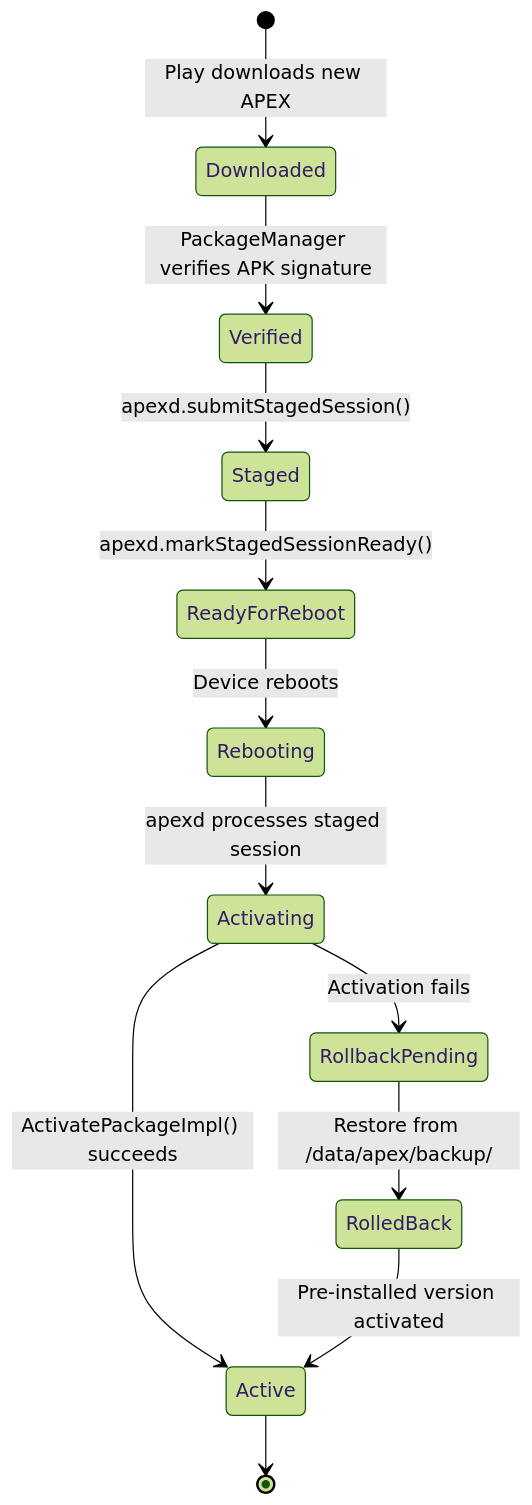
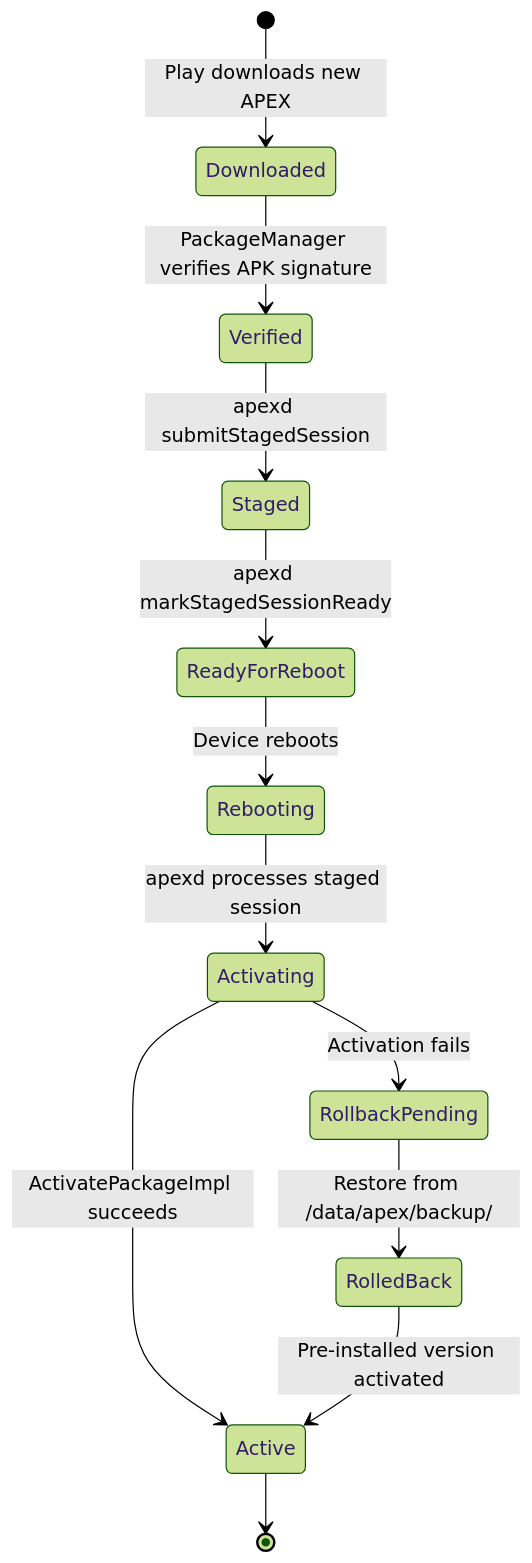
Diagram 13 of 19 in 52-mainline-modules.md (fwrite0920/aosp-internal-book), drawn with Mermaid (forest theme) before and after one commit. The commit also changed other lines of this file and 21 other files, not shown here.

First line of the commit message:
Fix Mermaid diagrams and formatting in Parts IX-XV and Appendix A (chapters 40-63)

````diff
--- a/52-mainline-modules.md
+++ b/52-mainline-modules.md
@@ -2793,16 +2793,16 @@
 ```mermaid
 stateDiagram-v2
     [*] --> Downloaded: Play downloads new APEX
     Downloaded --> Verified: PackageManager verifies APK signature
-    Verified --> Staged: apexd.submitStagedSession()
-    Staged --> ReadyForReboot: apexd.markStagedSessionReady()
+    Verified --> Staged: apexd submitStagedSession
+    Staged --> ReadyForReboot: apexd markStagedSessionReady
     ReadyForReboot --> Rebooting: Device reboots
     Rebooting --> Activating: apexd processes staged session
-    Activating --> Active: ActivatePackageImpl() succeeds
+    Activating --> Active: ActivatePackageImpl succeeds
 
     Activating --> RollbackPending: Activation fails
     RollbackPending --> RolledBack: Restore from /data/apex/backup/
     RolledBack --> Active: Pre-installed version activated
 
     Active --> [*]
 ```
````
